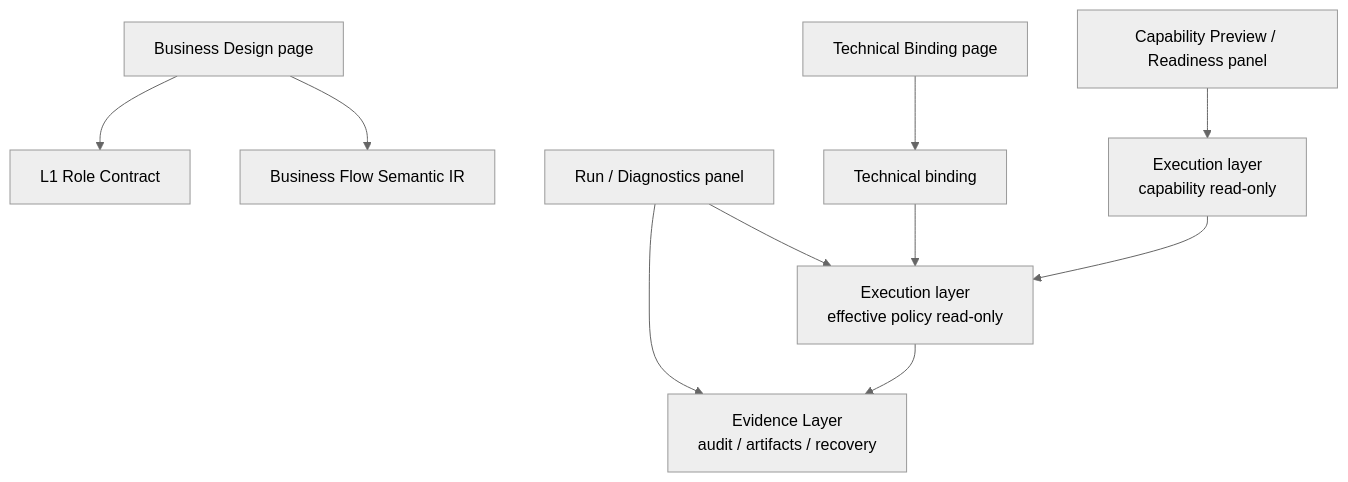
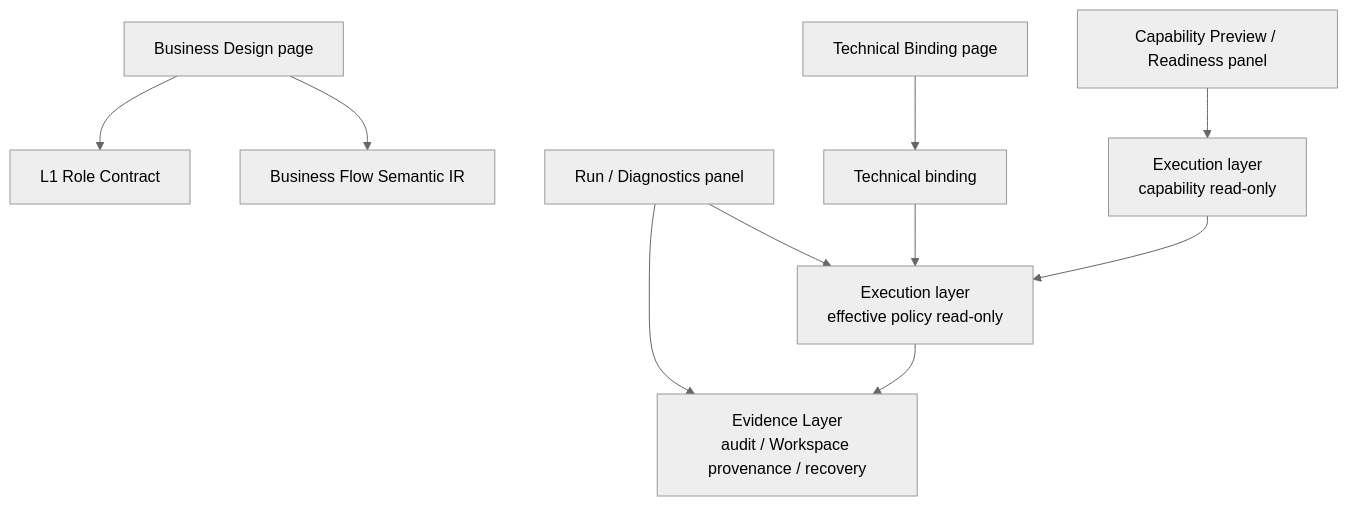
Before and after one commit to Fredericzhou/ogsystem: the third of 7 diagrams in docs/development/role-execution-architecture.md, drawn with Mermaid (neutral theme). The commit also changed other lines of this file and 123 other files, not shown here.

````diff
--- a/docs/development/role-execution-architecture.md
+++ b/docs/development/role-execution-architecture.md
@@ -702,12 +716,12 @@
 ```mermaid
 flowchart TB
     BP["Business Design page"] --> L1U["L1 Role Contract"]
     BP --> L2U["Business Flow Semantic IR"]
     TP["Technical Binding page"] --> L3U["Technical binding"]
     CP["Capability Preview / Readiness panel"] --> L4U["Execution layer<br/>capability read-only"]
     RP["Run / Diagnostics panel"] --> L5U["Execution layer<br/>effective policy read-only"]
-    RP --> EU["Evidence Layer<br/>audit / artifacts / recovery"]
+    RP --> EU["Evidence Layer<br/>audit / Workspace provenance / recovery"]
     L3U --> L5U
     L4U --> L5U
     L5U --> EU
 ```
````
